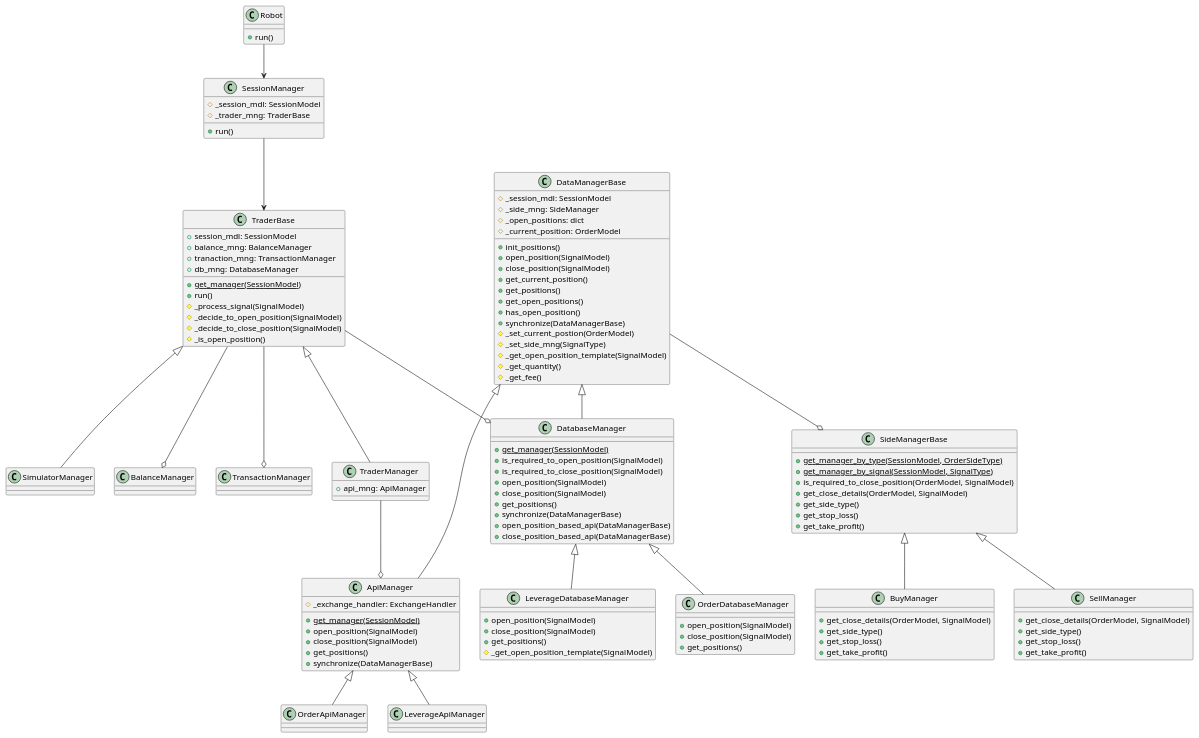
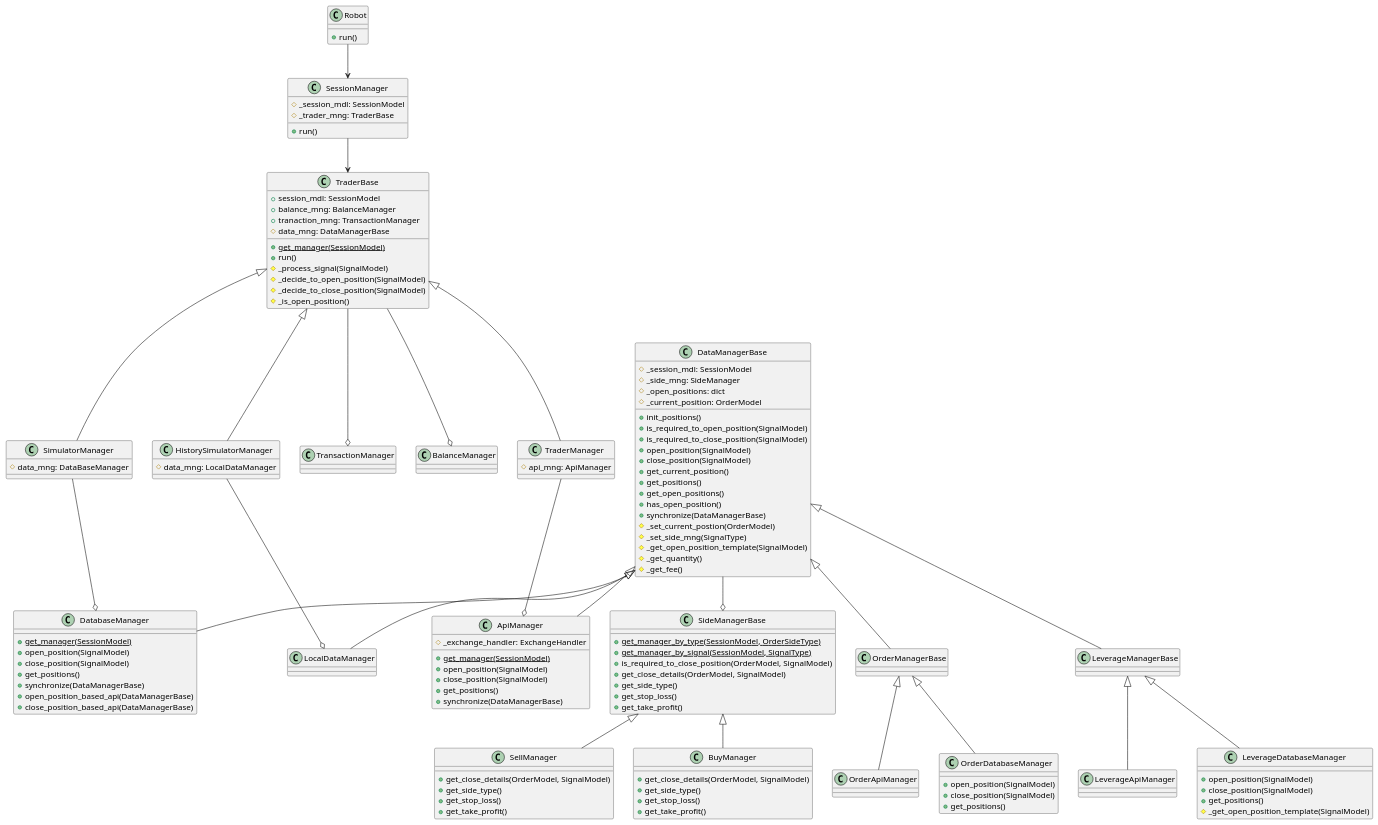
The diagram in design/uml_class_v2.plantuml (aliaksei-dunets-public/trading-tool-api), drawn with PlantUML before and after one commit. The commit also changed 13 other files, not shown here.

```diff
--- a/design/uml_class_v2.plantuml
+++ b/design/uml_class_v2.plantuml
@@ -1,145 +1,161 @@
 @startuml Class
 
 ' 1. During creation of the session check/schedule a job based on interval
 ' 2. The application job read active ssesions and procced the next steps for every session:
 ' 2.1. Read orders from the database
 ' 2.2. Read orders from exchange API
 ' 2.3. Get signals based on session config
 ' 2.4. Make a desicion regarding existing position/create a new position
 ' 2.4.1. Call API for open/close a position
 ' 2.4.2. Call DB
 ' 2.4.2.1. Add transaction
 ' 2.4.2.2. Update/Create the position
 ' 2.4.2.3. Update Balance
 
 ' The main class for trading - the first endpoint
 class Robot {
     +run()
 }
 
 class SessionManager {
     #_session_mdl: SessionModel
     #_trader_mng: TraderBase
 
     +run()
 }
 
 class TransactionManager
 
 class BalanceManager
 
 class TraderBase {
     +session_mdl: SessionModel
     +balance_mng: BalanceManager
     +tranaction_mng: TransactionManager
-    +db_mng: DatabaseManager
+    #data_mng: DataManagerBase
 
     +{static} get_manager(SessionModel)
     +run()
     #_process_signal(SignalModel)
     #_decide_to_open_position(SignalModel)
     #_decide_to_close_position(SignalModel)
     #_is_open_position()
 }
 
 TraderBase --o BalanceManager
 TraderBase --o TransactionManager
-TraderBase --o DatabaseManager
+
 
 class TraderManager extends TraderBase {
-    +api_mng: ApiManager
+    #api_mng: ApiManager
 }
 
 TraderManager --o ApiManager
 
-class SimulatorManager extends TraderBase
+class SimulatorManager extends TraderBase {
+    #data_mng: DataBaseManager
+}
+
+SimulatorManager --o DatabaseManager
+
+class HistorySimulatorManager extends TraderBase {
+    #data_mng: LocalDataManager
+}
+
+HistorySimulatorManager --o LocalDataManager
 
 class DataManagerBase {
     #_session_mdl: SessionModel
     #_side_mng: SideManager
     #_open_positions: dict
     #_current_position: OrderModel
 
     +init_positions()
+    +is_required_to_open_position(SignalModel)
+    +is_required_to_close_position(SignalModel)
     +open_position(SignalModel)
     +close_position(SignalModel)
     +get_current_position()
     +get_positions()
     +get_open_positions()
     +has_open_position()
     +synchronize(DataManagerBase)
     #_set_current_postion(OrderModel)
     #_set_side_mng(SignalType)
     #_get_open_position_template(SignalModel)
     #_get_quantity()
     #_get_fee()
 }
 
 DataManagerBase --o SideManagerBase
 
 class ApiManager extends DataManagerBase {
     #_exchange_handler: ExchangeHandler
 
     +{static} get_manager(SessionModel)
     +open_position(SignalModel)
     +close_position(SignalModel)
     +get_positions()
     +synchronize(DataManagerBase)
 }
 
-class OrderApiManager extends ApiManager
-class LeverageApiManager extends ApiManager
-
 class DatabaseManager extends DataManagerBase {
     +{static} get_manager(SessionModel)
-    +is_required_to_open_position(SignalModel)
-    +is_required_to_close_position(SignalModel)
     +open_position(SignalModel)
     +close_position(SignalModel)
     +get_positions()
     +synchronize(DataManagerBase)
     +open_position_based_api(DataManagerBase)
     +close_position_based_api(DataManagerBase)
 }
 
-class OrderDatabaseManager extends DatabaseManager {
+class LocalDataManager extends DataManagerBase {
+}
+
+class OrderManagerBase extends DataManagerBase
+class LeverageManagerBase extends DataManagerBase
+
+class OrderApiManager extends OrderManagerBase
+class LeverageApiManager extends LeverageManagerBase
+
+class OrderDatabaseManager extends OrderManagerBase {
     +open_position(SignalModel)
     +close_position(SignalModel)
     +get_positions()
 }
 
-class LeverageDatabaseManager extends DatabaseManager {
+class LeverageDatabaseManager extends LeverageManagerBase {
     +open_position(SignalModel)
     +close_position(SignalModel)
     +get_positions()
     #_get_open_position_template(SignalModel)
 }
 
 class SideManagerBase {
     +{static} get_manager_by_type(SessionModel, OrderSideType)
     +{static} get_manager_by_signal(SessionModel, SignalType)
     +is_required_to_close_position(OrderModel, SignalModel)
     +get_close_details(OrderModel, SignalModel)
     +get_side_type()
     +get_stop_loss()
     +get_take_profit()
 }
 
 class SellManager extends SideManagerBase {
     +get_close_details(OrderModel, SignalModel)
     +get_side_type()
     +get_stop_loss()
     +get_take_profit()
 }
 
 class BuyManager extends SideManagerBase {
     +get_close_details(OrderModel, SignalModel)
     +get_side_type()
     +get_stop_loss()
     +get_take_profit()
 }
 
 Robot --> SessionManager
 SessionManager --> TraderBase
 
 @enduml
```
